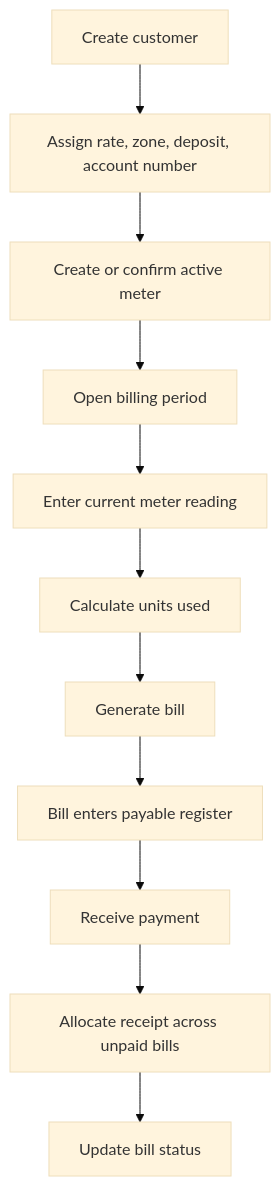
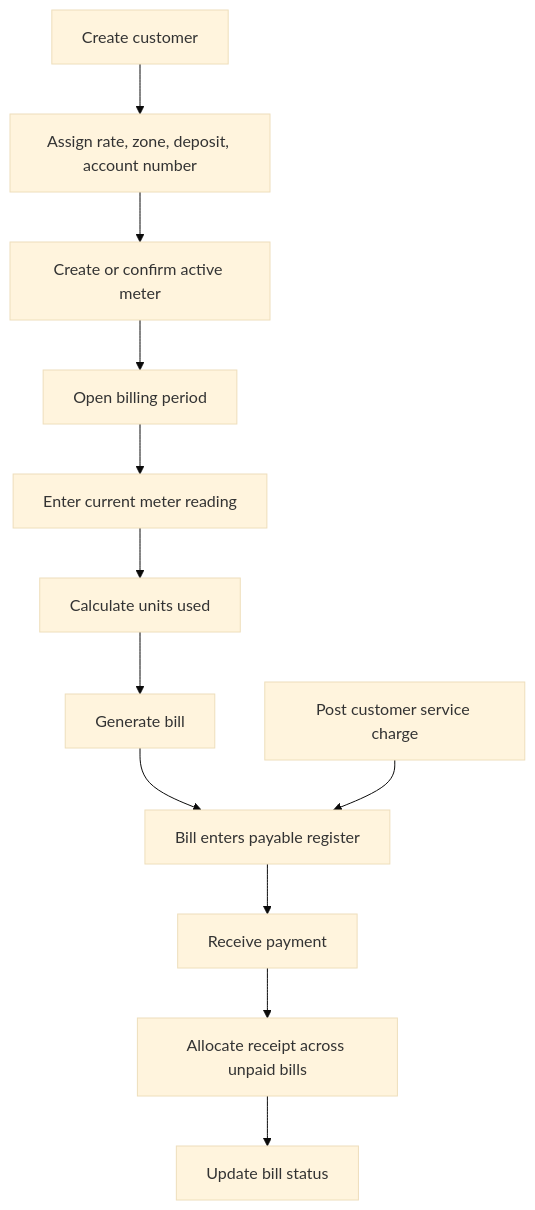
Before and after one commit to Jaymoh-h/AGUA-GLOBAL: the diagram in docs/03-billing-workflow.md, drawn with Mermaid (base theme). The commit also changed other lines of this file and 28 other files, not shown here.

Commit message:
Add customer service charges and durable document storage

````diff
--- a/docs/03-billing-workflow.md
+++ b/docs/03-billing-workflow.md
@@ -16,13 +17,14 @@
 ```mermaid
 flowchart TD
   A["Create customer"] --> B["Assign rate, zone, deposit, account number"]
   B --> C["Create or confirm active meter"]
   C --> D["Open billing period"]
   D --> E["Enter current meter reading"]
   E --> F["Calculate units used"]
   F --> G["Generate bill"]
   G --> H["Bill enters payable register"]
+  L["Post customer service charge"] --> H
   H --> I["Receive payment"]
   I --> J["Allocate receipt across unpaid bills"]
   J --> K["Update bill status"]
 ```
````
